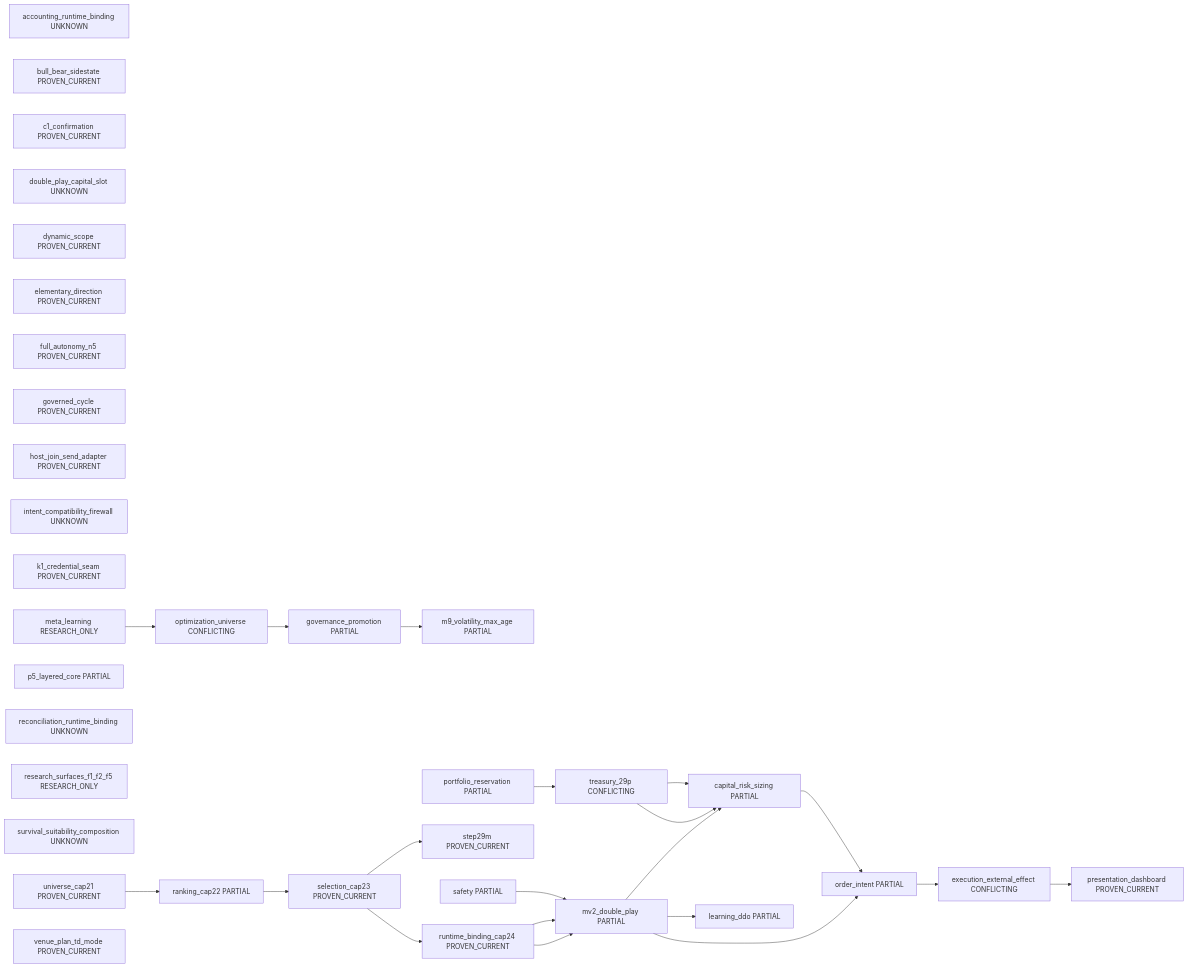
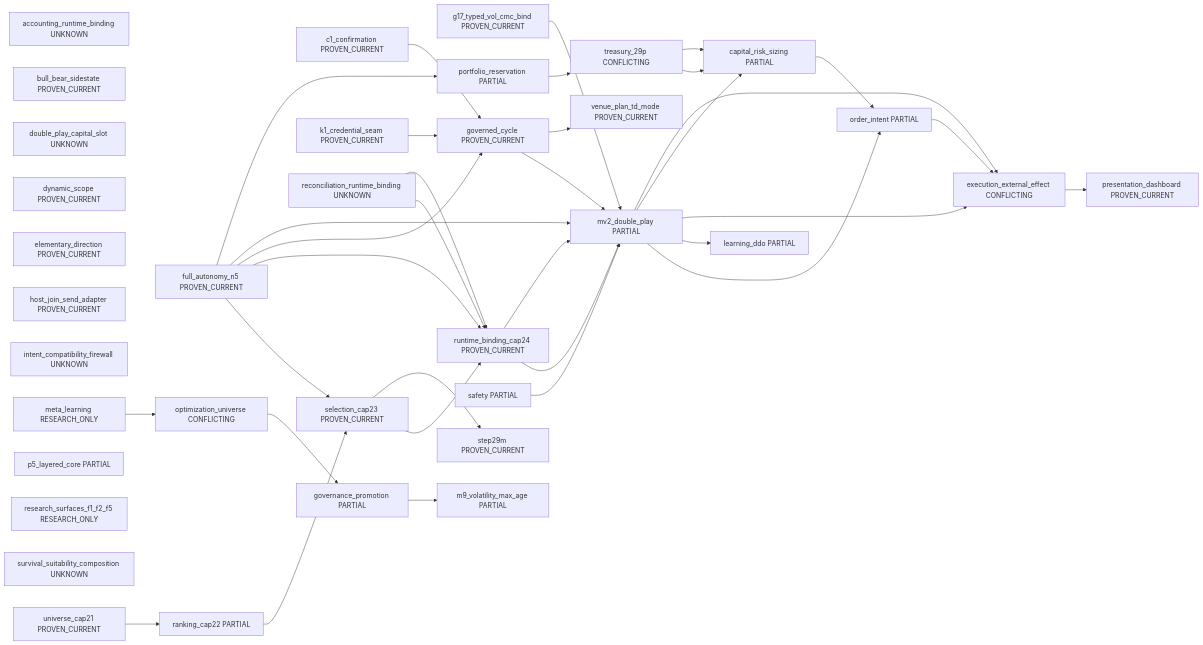
One commit to rauterfrank-ui/Peak_Trade changed the diagram in docs/governance/current_system_interaction_authority_map_v1/generated/system_landscape_v1.md. Above: the diagram before and after it, drawn with Mermaid. The commit also changed other lines of this file and 10 other files, not shown here.

````diff
--- a/docs/governance/current_system_interaction_authority_map_v1/generated/system_landscape_v1.md
+++ b/docs/governance/current_system_interaction_authority_map_v1/generated/system_landscape_v1.md
@@ -7,56 +7,71 @@
 ```mermaid
 flowchart LR
   accounting_runtime_binding["accounting_runtime_binding UNKNOWN"]
   bull_bear_sidestate["bull_bear_sidestate PROVEN_CURRENT"]
   c1_confirmation["c1_confirmation PROVEN_CURRENT"]
   capital_risk_sizing["capital_risk_sizing PARTIAL"]
   double_play_capital_slot["double_play_capital_slot UNKNOWN"]
   dynamic_scope["dynamic_scope PROVEN_CURRENT"]
   elementary_direction["elementary_direction PROVEN_CURRENT"]
   execution_external_effect["execution_external_effect CONFLICTING"]
   full_autonomy_n5["full_autonomy_n5 PROVEN_CURRENT"]
+  g17_typed_vol_cmc_bind["g17_typed_vol_cmc_bind PROVEN_CURRENT"]
   governance_promotion["governance_promotion PARTIAL"]
   governed_cycle["governed_cycle PROVEN_CURRENT"]
   host_join_send_adapter["host_join_send_adapter PROVEN_CURRENT"]
   intent_compatibility_firewall["intent_compatibility_firewall UNKNOWN"]
   k1_credential_seam["k1_credential_seam PROVEN_CURRENT"]
   learning_ddo["learning_ddo PARTIAL"]
   m9_volatility_max_age["m9_volatility_max_age PARTIAL"]
   meta_learning["meta_learning RESEARCH_ONLY"]
   mv2_double_play["mv2_double_play PARTIAL"]
   optimization_universe["optimization_universe CONFLICTING"]
   order_intent["order_intent PARTIAL"]
   p5_layered_core["p5_layered_core PARTIAL"]
   portfolio_reservation["portfolio_reservation PARTIAL"]
   presentation_dashboard["presentation_dashboard PROVEN_CURRENT"]
   ranking_cap22["ranking_cap22 PARTIAL"]
   reconciliation_runtime_binding["reconciliation_runtime_binding UNKNOWN"]
   research_surfaces_f1_f2_f5["research_surfaces_f1_f2_f5 RESEARCH_ONLY"]
   runtime_binding_cap24["runtime_binding_cap24 PROVEN_CURRENT"]
   safety["safety PARTIAL"]
   selection_cap23["selection_cap23 PROVEN_CURRENT"]
   step29m["step29m PROVEN_CURRENT"]
   survival_suitability_composition["survival_suitability_composition UNKNOWN"]
   treasury_29p["treasury_29p CONFLICTING"]
   universe_cap21["universe_cap21 PROVEN_CURRENT"]
   venue_plan_td_mode["venue_plan_td_mode PROVEN_CURRENT"]
   governance_promotion --> m9_volatility_max_age
   runtime_binding_cap24 --> mv2_double_play
+  c1_confirmation --> governed_cycle
   execution_external_effect --> presentation_dashboard
   treasury_29p --> capital_risk_sizing
+  full_autonomy_n5 --> selection_cap23
+  full_autonomy_n5 --> runtime_binding_cap24
+  full_autonomy_n5 --> governed_cycle
+  full_autonomy_n5 --> mv2_double_play
+  full_autonomy_n5 --> portfolio_reservation
+  g17_typed_vol_cmc_bind --> mv2_double_play
+  governed_cycle --> mv2_double_play
+  governed_cycle --> venue_plan_td_mode
   mv2_double_play --> order_intent
   order_intent --> execution_external_effect
+  k1_credential_seam --> governed_cycle
   mv2_double_play --> learning_ddo
   meta_learning --> optimization_universe
+  mv2_double_play --> execution_external_effect
   mv2_double_play --> capital_risk_sizing
+  mv2_double_play --> execution_external_effect
   optimization_universe --> governance_promotion
   portfolio_reservation --> treasury_29p
   ranking_cap22 --> selection_cap23
+  reconciliation_runtime_binding --> runtime_binding_cap24
+  reconciliation_runtime_binding --> runtime_binding_cap24
   runtime_binding_cap24 --> mv2_double_play
   safety --> mv2_double_play
   selection_cap23 --> runtime_binding_cap24
   capital_risk_sizing --> order_intent
   selection_cap23 --> step29m
   treasury_29p --> capital_risk_sizing
   universe_cap21 --> ranking_cap22
 ```
````
